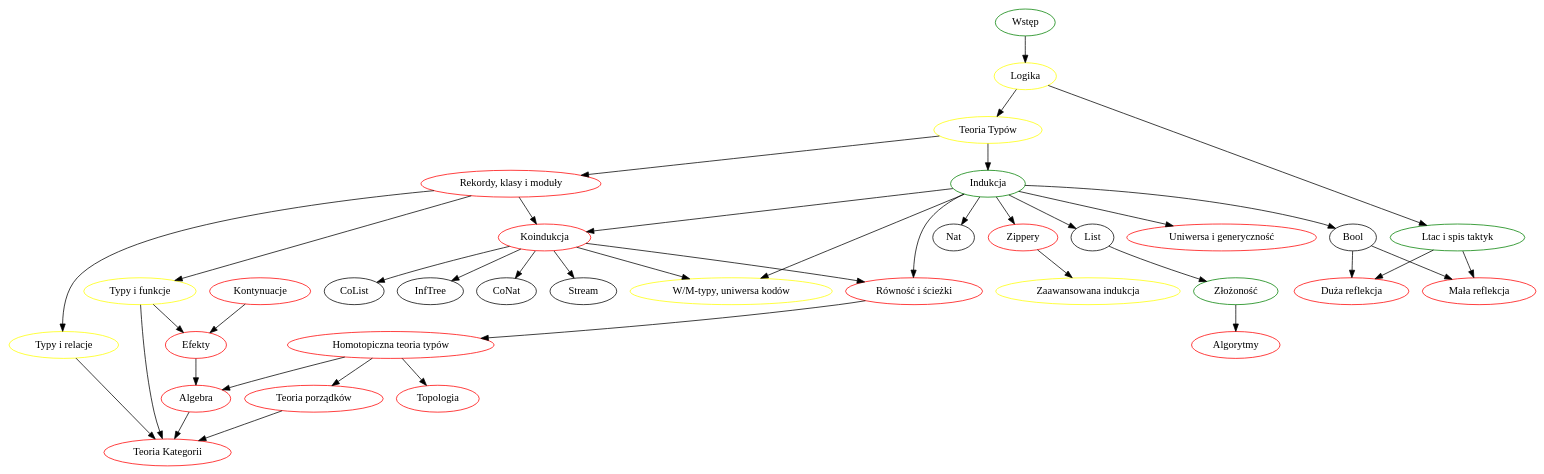
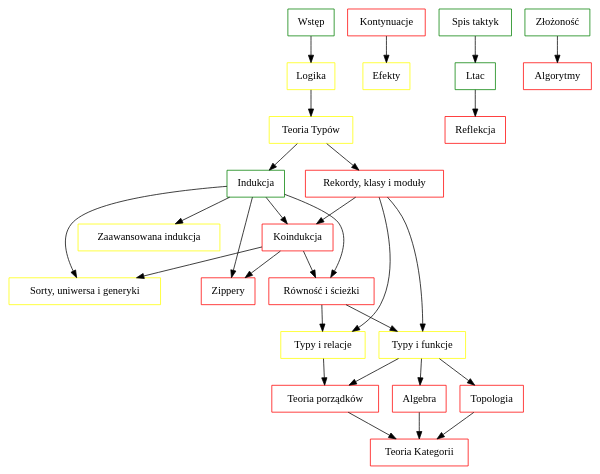
Before and after one commit to wkolowski/Typonomikon: the diagram in txt/plany/plan.dot, drawn with Graphviz. The commit also changed 30 other files, not shown here.

```diff
--- a/txt/plany/plan.dot
+++ b/txt/plany/plan.dot
@@ -1,83 +1,69 @@
 digraph
 {
+  node[shape=rectangle]
+
   Wstęp             [label = "Wstęp", color = green]
   
   Logika            [label = "Logika", color = yellow]
   
   TeoriaTypów       [label = "Teoria Typów", color = yellow]
 
   Indukcja1         [label = "Indukcja", color = green]
-  Indukcja2         [label = "Zippery", color = red]
+  Zippery           [label = "Zippery", color = red]
   Indukcja3         [label = "Zaawansowana indukcja", color = yellow]
 
-  //Bool              [label = "Logika boolowska", color = yellow]
-  //Nat               [label = "Arytmetyka Peano", color = yellow]
-  //List              [label = "Listy", color = green]
-
-  Moduły            [label = "Rekordy, klasy i moduły", color = red]
+  Rekordy           [label = "Rekordy, klasy i moduły", color = red]
   Funkcje           [label = "Typy i funkcje", color = yellow]
   Relacje           [label = "Typy i relacje", color = yellow]
 
   Koindukcja        [label = "Koindukcja", color = red]
 
-  //CoNat             [label = "Liczby konaturalne", color = yellow]
-  //Stream            [label = "Strumienie", color = red]
-  //CoList            [label = "Kolisty", color = red]
-  //InfTree           [label = "Nieskończone drzewa binarne", color = red]
+  Uniwersa          [label = "Sorty, uniwersa i generyki", color = yellow]
 
-  WM                [label = "W/M-typy, uniwersa kodów", color = yellow]
-
-  Generycznie       [label = "Uniwersa i generyczność", color = red]
 
   Ścieżki           [label = "Równość i ścieżki", color = red]
 
   Kontynuacje       [label = "Kontynuacje", color = red]
-  Efekty             [label = "Efekty", color = red]
+  Efekty            [label = "Efekty", color = yellow]
 
-  Ltac              [label = "Ltac i spis taktyk", color = green]
+  Taktyki           [label = "Spis taktyk", color = green]
+  Ltac              [label = "Ltac", color = green]
+  Reflekcja         [label = "Reflekcja", color = red]
   
-  SSR               [label = "Mała reflekcja", color = red]
-  BSR               [label = "Duża reflekcja", color = red]
-
   Złożoność         [label = "Złożoność", color = green]
   Algorytmy         [label = "Algorytmy", color = red]
 
-  HoTT              [label = "Homotopiczna teoria typów", color = red]
   Algebra           [label = "Algebra", color = red]
   Porządki          [label = "Teoria porządków", color = red]
   Topologia         [label = "Topologia", color = red]
   Kategorie         [label = "Teoria Kategorii", color = red]
 
-  
+
+
   Wstęp             -> Logika
   
-  Logika            -> TeoriaTypów, Ltac
+  Logika            -> TeoriaTypów
 
-  TeoriaTypów       -> Indukcja1, Moduły
+  TeoriaTypów       -> Indukcja1, Rekordy
 
-  Indukcja1         -> Indukcja2, Bool, Nat, List, Koindukcja, WM, Generycznie, Ścieżki
-  Indukcja2         -> Indukcja3
+  Indukcja1         -> Zippery, Uniwersa, Indukcja3, Koindukcja, Ścieżki /*Bool, Nat, List,*/
 
-  Moduły            -> Koindukcja, Funkcje, Relacje
+  Rekordy           -> Koindukcja, Funkcje, Relacje
+  Koindukcja        -> Zippery, Uniwersa, Ścieżki /*CoNat, Stream, CoList, InfTree,*/
 
-  Koindukcja        -> CoNat, Stream, CoList, InfTree, WM, Ścieżki
+  Ścieżki           -> Funkcje, Relacje
+  Funkcje           -> Porządki, Algebra, Topologia
+  Relacje           -> Porządki
 
-  Ltac              -> SSR, BSR
-  Bool              -> SSR, BSR
-
-  Ścieżki           -> HoTT
-  HoTT              -> Algebra, Porządki, Topologia
   Algebra           -> Kategorie
   Porządki          -> Kategorie
+  Topologia         -> Kategorie
 
-  Funkcje           -> Kategorie, Efekty
-  Relacje           -> Kategorie
+
+  Taktyki           -> Ltac
+  Ltac              -> Reflekcja
+
   Kontynuacje       -> Efekty
 
-  Efekty            -> Algebra
-
-  List              -> Złożoność
   Złożoność         -> Algorytmy
-
-
 }
```
